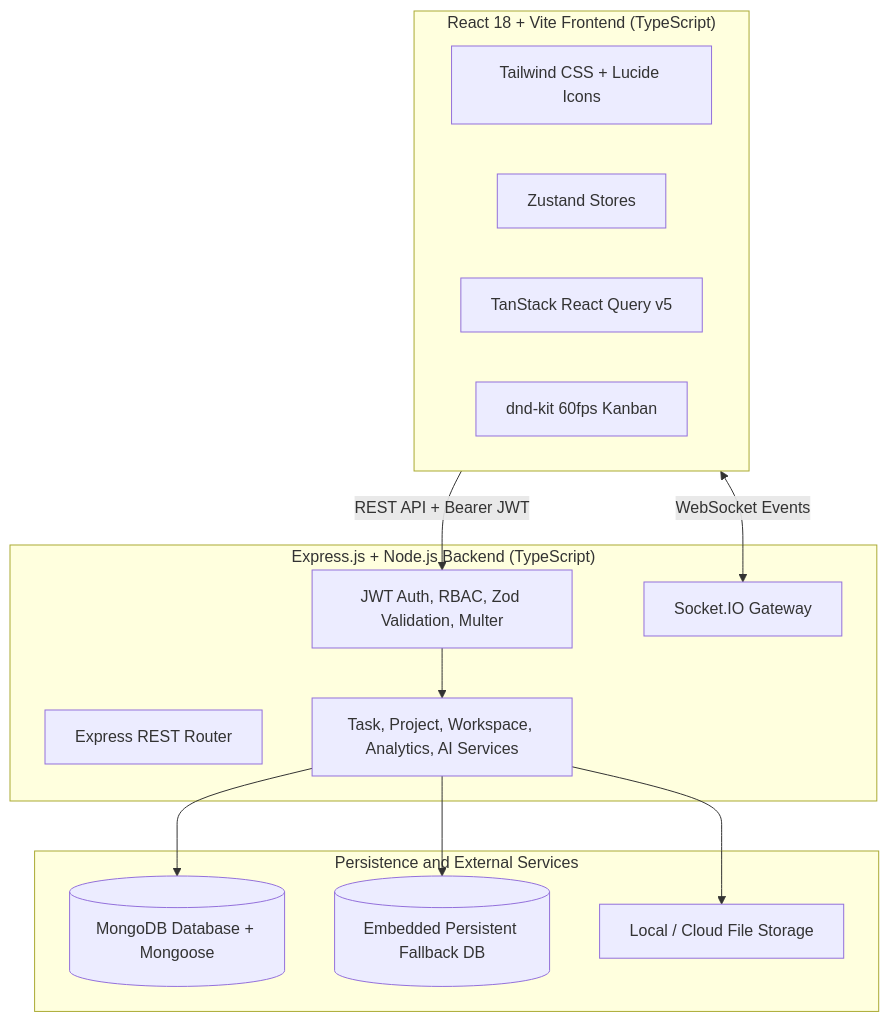
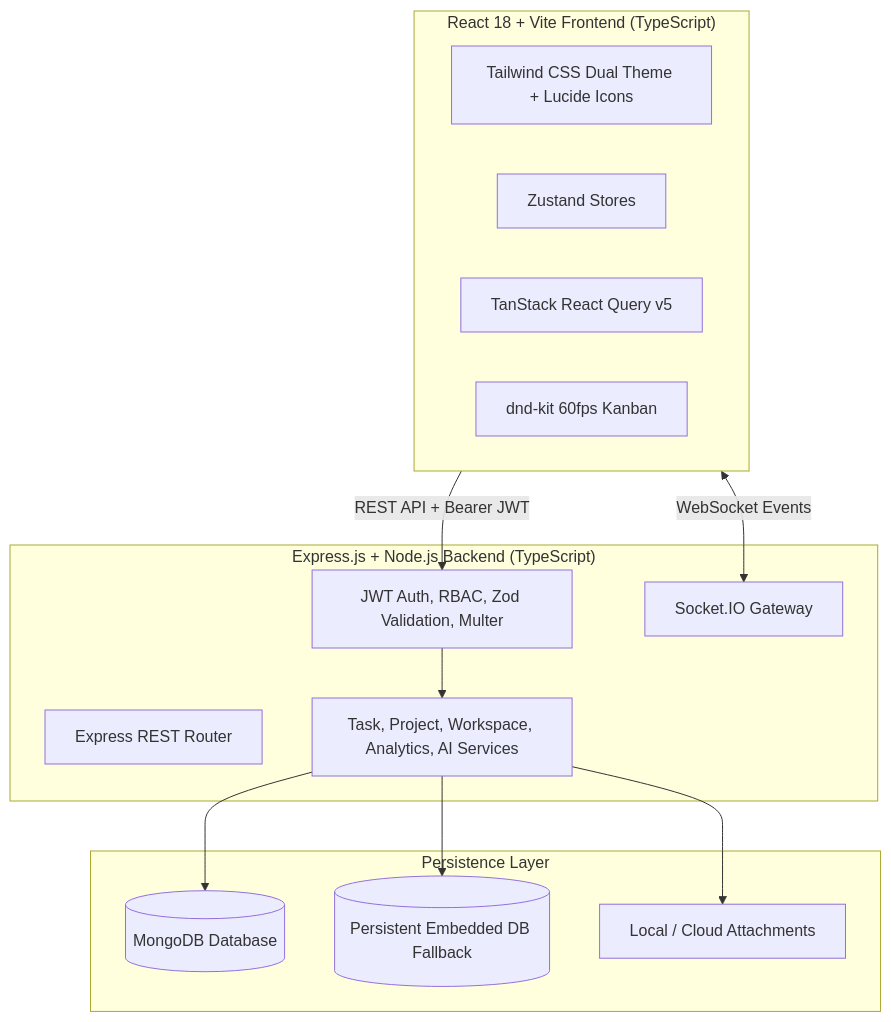
The diagram in README.md (VinayKrishna-7/TaskFlow), drawn with Mermaid before and after one commit. The commit also changed other lines of this file, not shown here.

Commit message:
docs: comprehensive README with features, architecture, and setup instructions

````diff
--- a/README.md
+++ b/README.md
@@ -57,29 +60,29 @@
 ```mermaid
 graph TD
     subgraph Client ["React 18 + Vite Frontend (TypeScript)"]
-        UI[Tailwind CSS + Lucide Icons]
+        UI[Tailwind CSS Dual Theme + Lucide Icons]
         State[Zustand Stores]
         Cache[TanStack React Query v5]
         DnD[dnd-kit 60fps Kanban]
     end
 
     subgraph Server ["Express.js + Node.js Backend (TypeScript)"]
         Routes[Express REST Router]
         Middleware[JWT Auth, RBAC, Zod Validation, Multer]
         Services[Task, Project, Workspace, Analytics, AI Services]
         SocketServer[Socket.IO Gateway]
     end
 
-    subgraph Data ["Persistence and External Services"]
-        Mongo[(MongoDB Database + Mongoose)]
-        LocalDB[(Embedded Persistent Fallback DB)]
-        Uploads[Local / Cloud File Storage]
+    subgraph Data ["Persistence Layer"]
+        Mongo[(MongoDB Database)]
+        LocalDB[(Persistent Embedded DB Fallback)]
+        Uploads[Local / Cloud Attachments]
     end
 
     Client -->|REST API + Bearer JWT| Middleware
     Client <-->|WebSocket Events| SocketServer
     Middleware --> Services
     Services --> Mongo
     Services --> LocalDB
     Services --> Uploads
 ```
````
